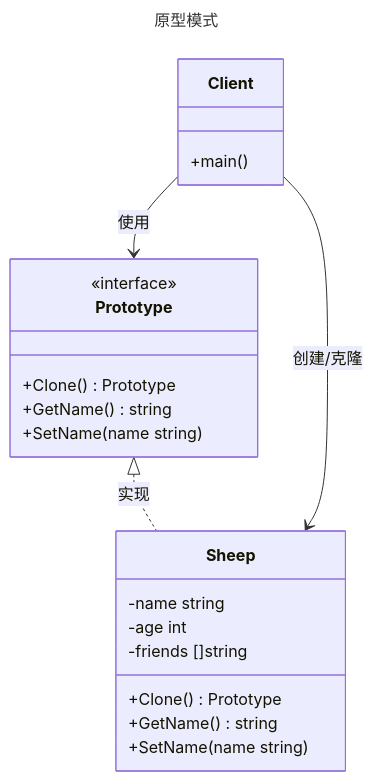
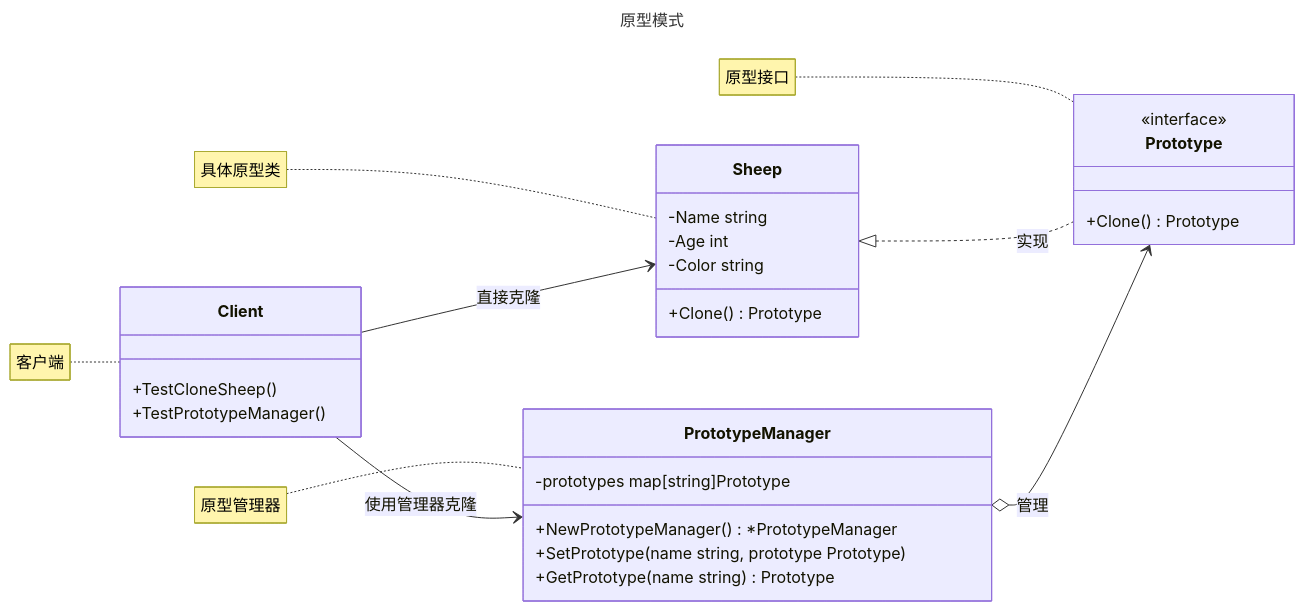
The diagram in docs/zh/后端/01-Golang/03-Golang设计模式/06-原型模式.md (magicgopher/magicgopher-blog), drawn with Mermaid before and after one commit. The commit also changed other lines of this file and 7 other files, not shown here.

````diff
--- a/docs/zh/后端/01-Golang/03-Golang设计模式/06-原型模式.md
+++ b/docs/zh/后端/01-Golang/03-Golang设计模式/06-原型模式.md
@@ -29,29 +29,44 @@
 ```mermaid
 ---
 title: 原型模式
 ---
 classDiagram
+    direction LR
+    %% 定义原型接口
     class Prototype {
         <<interface>>
         +Clone() Prototype
-        +GetName() string
-        +SetName(name string)
     }
+    note for Prototype "原型接口"
 
+    %% 定义具体原型类
     class Sheep {
-        -name string
-        -age int
-        -friends []string
+        -Name string
+        -Age int
+        -Color string
         +Clone() Prototype
-        +GetName() string
-        +SetName(name string)
     }
+    note for Sheep "具体原型类"
 
+    %% 定义原型管理器
+    class PrototypeManager {
+        -prototypes map[string]Prototype
+        +NewPrototypeManager() *PrototypeManager
+        +SetPrototype(name string, prototype Prototype)
+        +GetPrototype(name string) Prototype
+    }
+    note for PrototypeManager "原型管理器"
+
+    %% 定义客户端（以测试类表示）
     class Client {
-        +main()
+        +TestCloneSheep()
+        +TestPrototypeManager()
     }
+    note for Client "客户端"
 
-    Prototype <|.. Sheep : 实现
-    Client --> Prototype : 使用
-    Client --> Sheep : 创建/克隆
+    %% 定义关系
+    Sheep <|.. Prototype : 实现
+    PrototypeManager o--> Prototype : 管理
+    Client --> Sheep : 直接克隆
+    Client --> PrototypeManager : 使用管理器克隆
 ```
````
